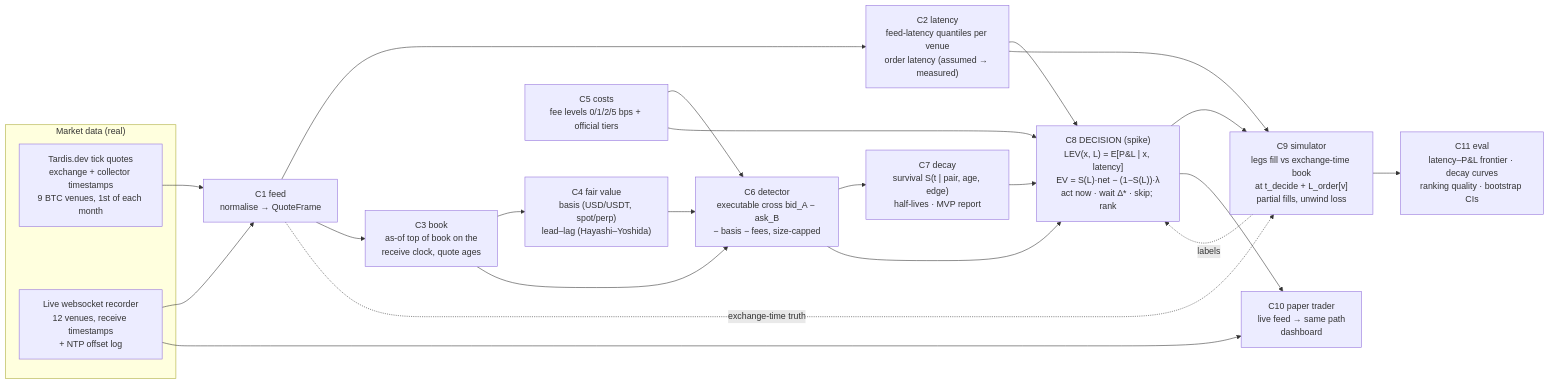
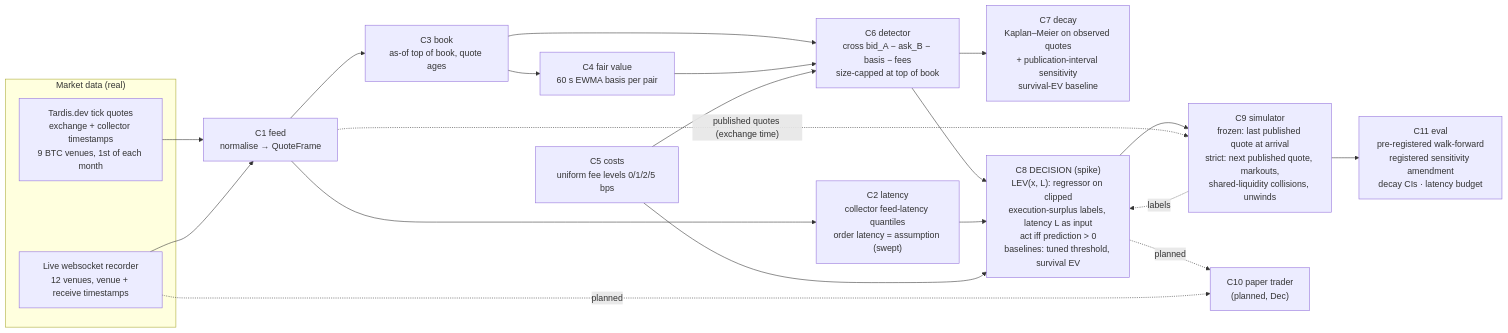
Before and after one commit to imdigitalashish/techfest-2026: the diagram in perceptron-p06-stat-arb/deliverables/architecture.md, drawn with Mermaid. The commit also changed other lines of this file and 17 other files, not shown here.

Commit message:
perceptron-p06-stat-arb: final review round — 37 review items dispositioned (ledger), abstract/architecture corrected per gpt-6-astra (62/100) and gpt-6-sol, live-cadence evidence, decay fail-loud, scope notes, memo final, thought node DONE

````diff
--- a/perceptron-p06-stat-arb/deliverables/architecture.md
+++ b/perceptron-p06-stat-arb/deliverables/architecture.md
@@ -5,27 +5,25 @@
 ```mermaid
 flowchart LR
   subgraph SRC["Market data (real)"]
     T["Tardis.dev tick quotes<br/>exchange + collector timestamps<br/>9 BTC venues, 1st of each month"]
-    W["Live websocket recorder<br/>12 venues, receive timestamps<br/>+ NTP offset log"]
+    W["Live websocket recorder<br/>12 venues, venue + receive timestamps"]
   end
   T --> N["C1 feed<br/>normalise → QuoteFrame"]
   W --> N
-  N --> LAT["C2 latency<br/>feed-latency quantiles per venue<br/>order latency (assumed → measured)"]
-  N --> BK["C3 book<br/>as-of top of book on the<br/>receive clock, quote ages"]
-  BK --> FV["C4 fair value<br/>basis (USD/USDT, spot/perp)<br/>lead–lag (Hayashi–Yoshida)"]
-  BK --> DET["C6 detector<br/>executable cross bid_A − ask_B<br/>− basis − fees, size-capped"]
+  N --> LAT["C2 latency<br/>collector feed-latency quantiles<br/>order latency = assumption (swept)"]
+  N --> BK["C3 book<br/>as-of top of book, quote ages"]
+  BK --> FV["C4 fair value<br/>60 s EWMA basis per pair"]
+  BK --> DET["C6 detector<br/>cross bid_A − ask_B − basis − fees<br/>size-capped at top of book"]
   FV --> DET
-  FEE["C5 costs<br/>fee levels 0/1/2/5 bps + official tiers"] --> DET
-  DET --> DEC["C7 decay<br/>survival S(t | pair, age, edge)<br/>half-lives · MVP report"]
-  DET --> POL
-  DEC --> POL["C8 DECISION (spike)<br/>LEV(x, L) = E[P&L | x, latency]<br/>EV = S(L)·net − (1−S(L))·λ<br/>act now · wait Δ* · skip; rank"]
+  FEE["C5 costs<br/>uniform fee levels 0/1/2/5 bps"] --> DET
+  DET --> DEC["C7 decay<br/>Kaplan–Meier on observed quotes<br/>+ publication-interval sensitivity<br/>survival-EV baseline"]
+  DET --> POL["C8 DECISION (spike)<br/>LEV(x, L): regressor on clipped<br/>execution-surplus labels, latency L as input<br/>act iff prediction > 0<br/>baselines: tuned threshold, survival EV"]
   LAT --> POL
   FEE --> POL
-  POL --> SIM["C9 simulator<br/>legs fill vs exchange-time book<br/>at t_decide + L_order[v]<br/>partial fills, unwind loss"]
-  N -. "exchange-time truth" .-> SIM
-  LAT --> SIM
-  SIM --> EV["C11 eval<br/>latency–P&L frontier · decay curves<br/>ranking quality · bootstrap CIs"]
+  POL --> SIM["C9 simulator<br/>frozen: last published quote at arrival<br/>strict: next published quote, markouts,<br/>shared-liquidity collisions, unwinds"]
+  N -. "published quotes (exchange time)" .-> SIM
   SIM -. "labels" .-> POL
-  POL --> PT["C10 paper trader<br/>live feed → same path<br/>dashboard"]
-  W --> PT
+  SIM --> EV["C11 eval<br/>pre-registered walk-forward<br/>registered sensitivity amendment<br/>decay CIs · latency budget"]
+  POL -. "planned" .-> PT["C10 paper trader<br/>(planned, Dec)"]
+  W -. "planned" .-> PT
 ```
````
